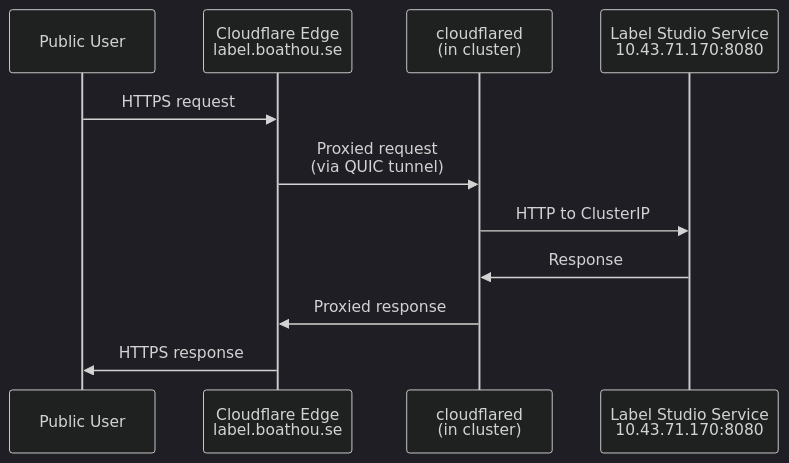
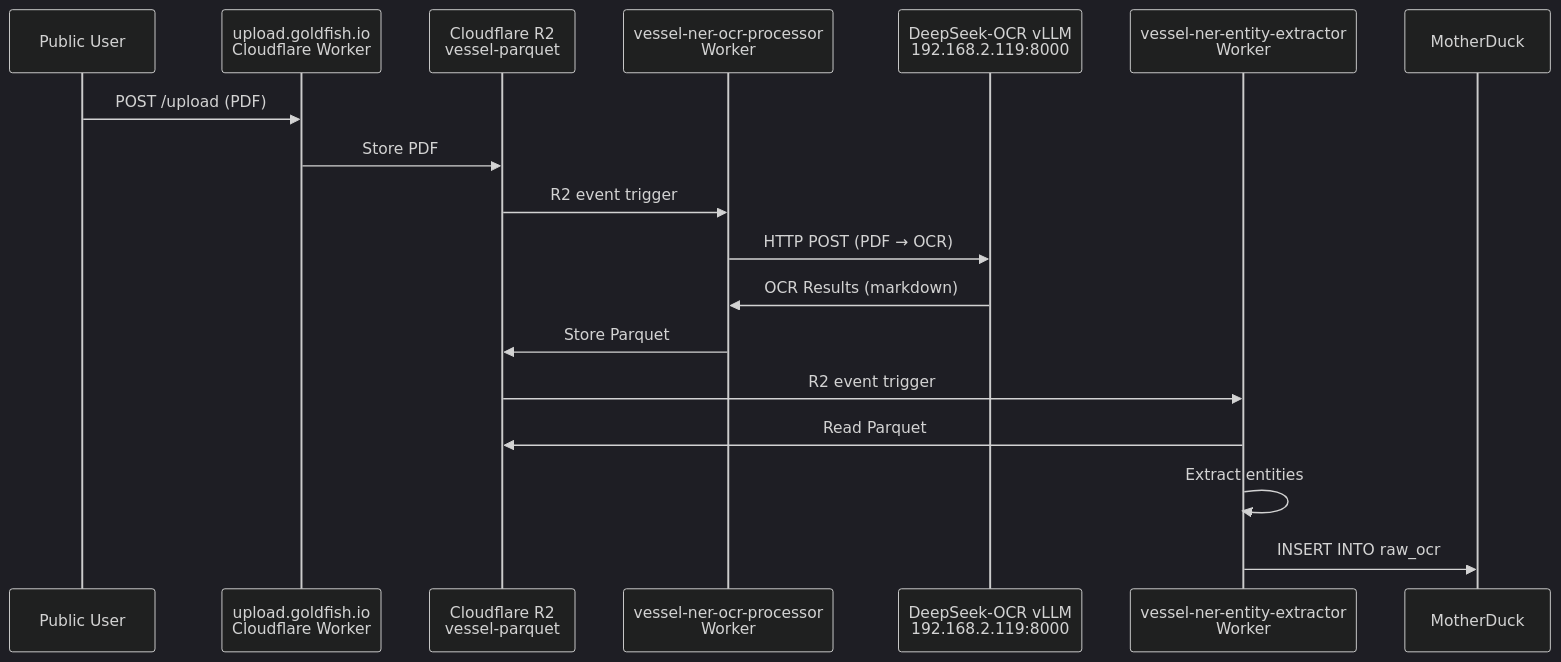
One commit to goldfish-inc/deepseek-ocr-vllm changed the ninth of 16 diagrams in docs/architecture/NETWORK_ARCHITECTURE.md. Above: the diagram before and after it, drawn with Mermaid (dark theme). The commit also changed other lines of this file and 2 other files, not shown here.

First line of the commit message:
docs(architecture): update for Argilla migration and vessel-ner Workers

````diff
--- a/docs/architecture/NETWORK_ARCHITECTURE.md
+++ b/docs/architecture/NETWORK_ARCHITECTURE.md
@@ -505,14 +506,21 @@
 ```mermaid
 sequenceDiagram
     participant User as Public User
-    participant CFEdge as Cloudflare Edge<br/>label.boathou.se
-    participant CFDaemon as cloudflared<br/>(in cluster)
-    participant LSSVC as Label Studio Service<br/>10.43.71.170:8080
+    participant Upload as upload.goldfish.io<br/>Cloudflare Worker
+    participant R2 as Cloudflare R2<br/>vessel-parquet
+    participant OCR as vessel-ner-ocr-processor<br/>Worker
+    participant VLLM as DeepSeek-OCR vLLM<br/>192.168.2.119:8000
+    participant Entity as vessel-ner-entity-extractor<br/>Worker
+    participant MD as MotherDuck
 
-    User->>CFEdge: HTTPS request
-    CFEdge->>CFDaemon: Proxied request<br/>(via QUIC tunnel)
-    CFDaemon->>LSSVC: HTTP to ClusterIP
-    LSSVC->>CFDaemon: Response
-    CFDaemon->>CFEdge: Proxied response
-    CFEdge->>User: HTTPS response
+    User->>Upload: POST /upload (PDF)
+    Upload->>R2: Store PDF
+    R2->>OCR: R2 event trigger
+    OCR->>VLLM: HTTP POST (PDF → OCR)
+    VLLM->>OCR: OCR Results (markdown)
+    OCR->>R2: Store Parquet
+    R2->>Entity: R2 event trigger
+    Entity->>R2: Read Parquet
+    Entity->>Entity: Extract entities
+    Entity->>MD: INSERT INTO raw_ocr
 ```
````
